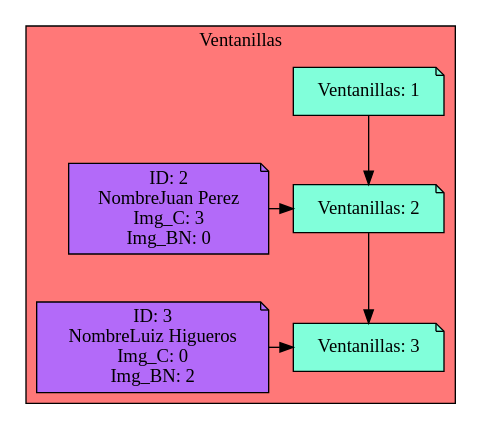
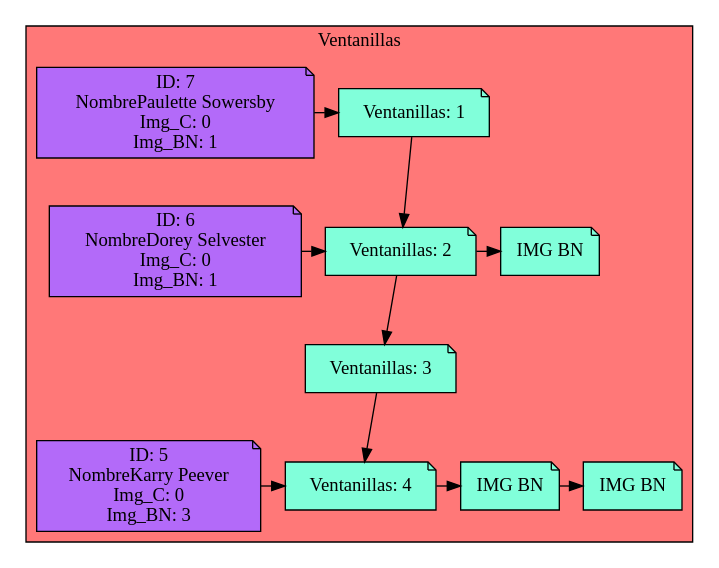
Before and after one commit to Serch-ING/EDD_UDRAWING_202000119: the diagram in Simple_Windows.dot, drawn with Graphviz. The commit also changed 15 other files, not shown here.

```diff
--- a/Simple_Windows.dot
+++ b/Simple_Windows.dot
@@ -1,26 +1,45 @@
 digraph L {
 node[shape=note fillcolor="#A181FF" style =filled]
 subgraph cluster_p{
     label= " Ventanillas "
     bgcolor = "#FF7878"
-Nodo386163331[label="Ventanillas: 1",fillcolor="#81FFDA",group=1]
-Nodo1540374340[label="Ventanillas: 2",fillcolor="#81FFDA",group=2]
-Nodo283383329[label="Ventanillas: 3",fillcolor="#81FFDA",group=3]
+Nodo70807318[label="Ventanillas: 1",fillcolor="#81FFDA",group=1]
+Nodo910091170[label="Ventanillas: 2",fillcolor="#81FFDA",group=2]
+Nodo293907205[label="Ventanillas: 3",fillcolor="#81FFDA",group=3]
+Nodo988800485[label="Ventanillas: 4",fillcolor="#81FFDA",group=4]
 
-Nodo386163331 -> Nodo1540374340
+Nodo70807318 -> Nodo910091170
 
-{rank=same;Nodo386163331}
-Nodo1540374340 -> Nodo283383329
+Cliente365181913[label="ID: 7
+NombrePaulette Sowersby
+Img_C: 0
+Img_BN: 1",fillcolor="#B36AF9",group=1]
+Cliente365181913-> Nodo70807318
+{rank=same;Nodo70807318,Cliente365181913}
+Nodo910091170 -> Nodo293907205
 
-Cliente893192050[label="ID: 2
-NombreJuan Perez
-Img_C: 3
-Img_BN: 0",fillcolor="#B36AF9",group=2]
-Cliente893192050-> Nodo1540374340
-{rank=same;Nodo1540374340,Cliente893192050}
-Cliente644345897[label="ID: 3
-NombreLuiz Higueros
+Cliente404214852[label="ID: 6
+NombreDorey Selvester
 Img_C: 0
-Img_BN: 2",fillcolor="#B36AF9",group=3]
-Cliente644345897-> Nodo283383329
-{rank=same;Nodo283383329,Cliente644345897}}}
+Img_BN: 1",fillcolor="#B36AF9",group=2]
+Cliente404214852-> Nodo910091170
+Nodo1031061344[label="IMG BN",fillcolor="#81FFDA"]
+
+Nodo910091170 -> Nodo1031061344
+
+{rank=same;Nodo910091170,Cliente404214852,Nodo1031061344}
+Nodo293907205 -> Nodo988800485
+
+{rank=same;Nodo293907205}
+Cliente1668016508[label="ID: 5
+NombreKarry Peever
+Img_C: 0
+Img_BN: 3",fillcolor="#B36AF9",group=4]
+Cliente1668016508-> Nodo988800485
+Nodo1327536153[label="IMG BN",fillcolor="#81FFDA"]
+Nodo1822971466[label="IMG BN",fillcolor="#81FFDA"]
+Nodo1327536153 -> Nodo1822971466
+
+Nodo988800485 -> Nodo1327536153
+
+{rank=same;Nodo988800485,Cliente1668016508,Nodo1327536153,Nodo1822971466}}}
```
